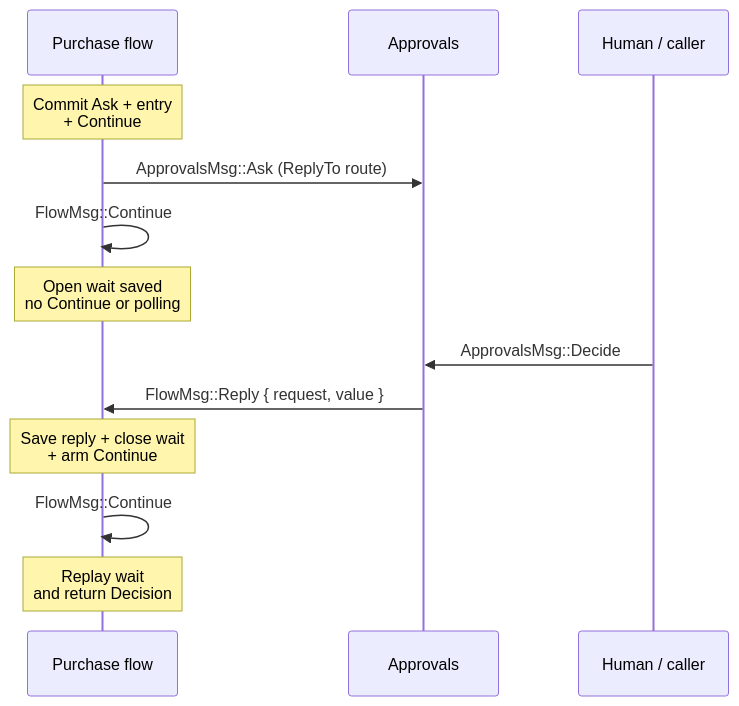
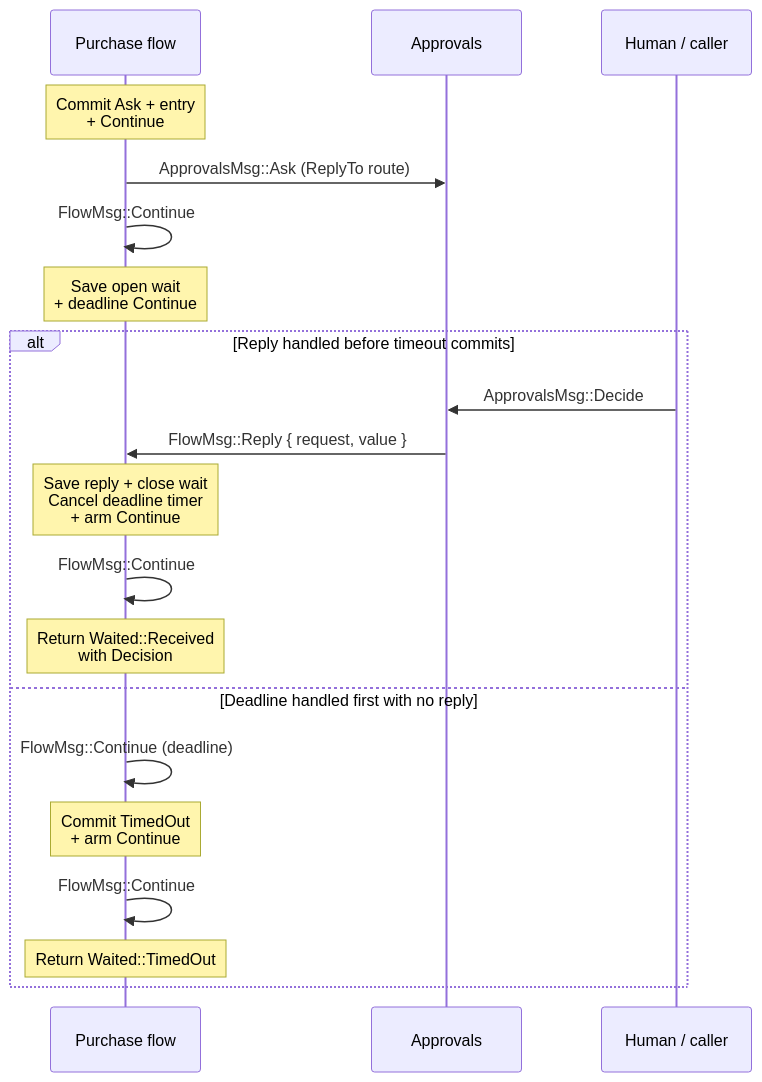
One commit to helico-tech/cicada.rs changed the fifth of 5 diagrams in docs/guide/patterns.md. Above: the diagram before and after it, drawn with Mermaid. The commit also changed other lines of this file and 6 other files, not shown here.

Commit message:
docs: explain durable reply deadlines and timeout recovery

````diff
--- a/docs/guide/patterns.md
+++ b/docs/guide/patterns.md
@@ -120,15 +120,22 @@
 ```mermaid
 sequenceDiagram
     participant F as Purchase flow
     participant A as Approvals
     participant U as Human / caller
     Note over F: Commit Ask + entry<br/>+ Continue
     F->>A: ApprovalsMsg::Ask (ReplyTo route)
     F->>F: FlowMsg::Continue
-    Note over F: Open wait saved<br/>no Continue or polling
-    U->>A: ApprovalsMsg::Decide
-    A->>F: FlowMsg::Reply { request, value }
-    Note over F: Save reply + close wait<br/>+ arm Continue
-    F->>F: FlowMsg::Continue
-    Note over F: Replay wait<br/>and return Decision
+    Note over F: Save open wait<br/>+ deadline Continue
+    alt Reply handled before timeout commits
+        U->>A: ApprovalsMsg::Decide
+        A->>F: FlowMsg::Reply { request, value }
+        Note over F: Save reply + close wait<br/>Cancel deadline timer<br/>+ arm Continue
+        F->>F: FlowMsg::Continue
+        Note over F: Return Waited::Received<br/>with Decision
+    else Deadline handled first with no reply
+        F->>F: FlowMsg::Continue (deadline)
+        Note over F: Commit TimedOut<br/>+ arm Continue
+        F->>F: FlowMsg::Continue
+        Note over F: Return Waited::TimedOut
+    end
 ```
````
